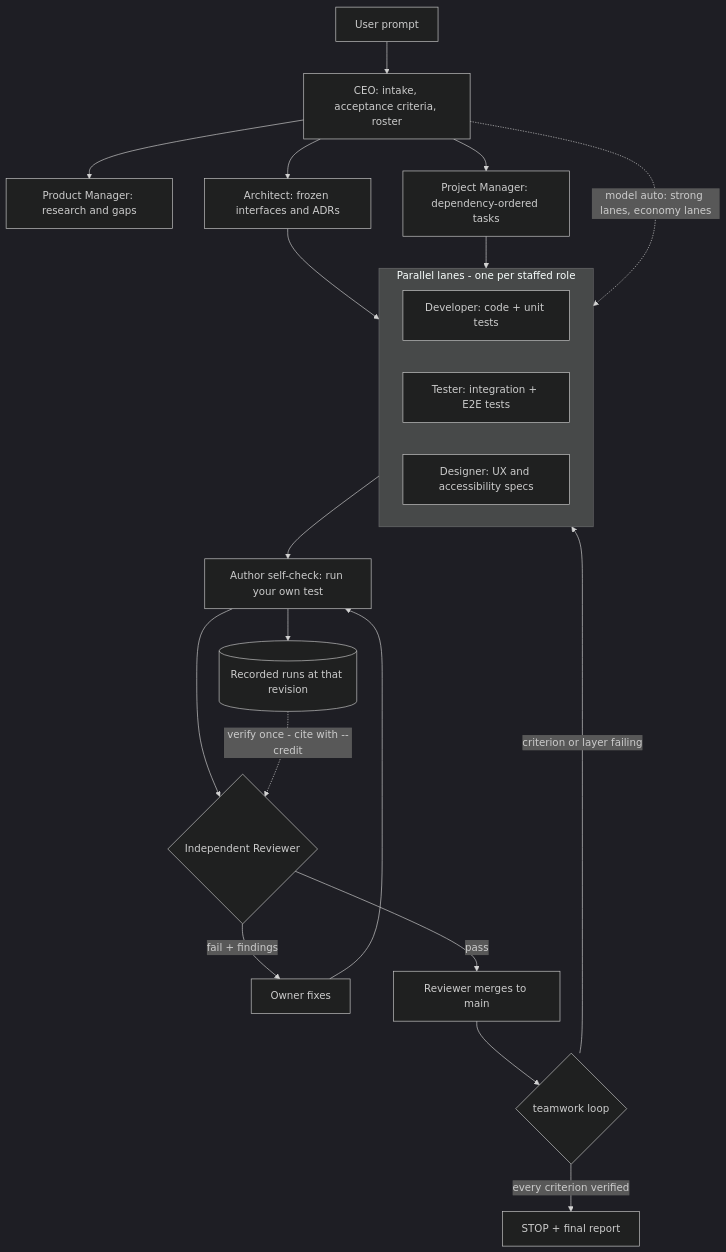
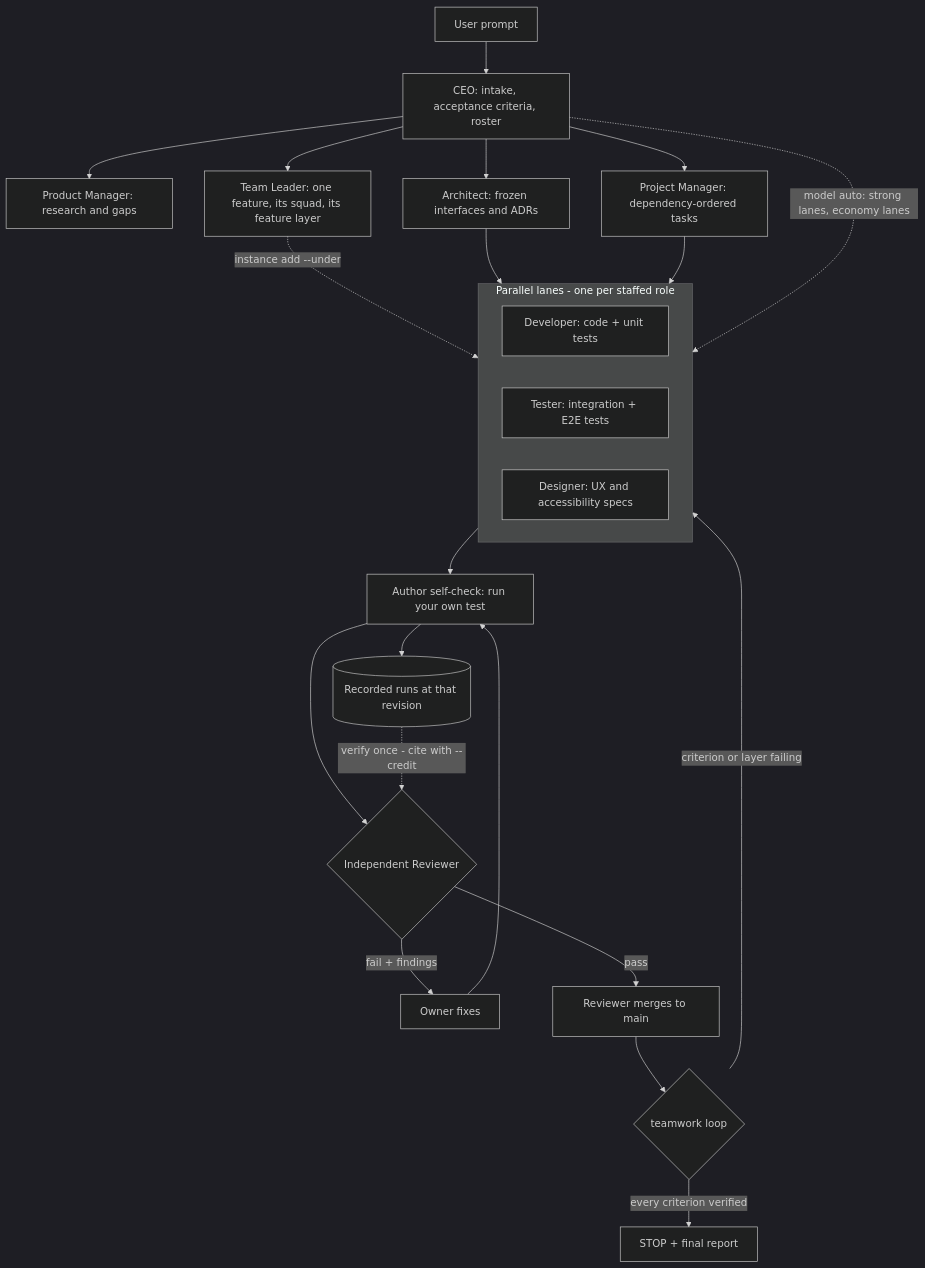
One commit to Nidvue/Teamwork changed the diagram in docs/guide/how-it-works.md. Above: the diagram before and after it, drawn with Mermaid (dark theme). The commit also changed other lines of this file and 2 other files, not shown here.

Commit message:
docs(how-it-works): name the Team Leader and the feature-team layer

````diff
--- a/docs/guide/how-it-works.md
+++ b/docs/guide/how-it-works.md
@@ -14,25 +14,27 @@
 ```mermaid
 flowchart TD
     U[User prompt] --> CEO[CEO: intake, acceptance criteria, roster]
     CEO --> RM[Product Manager: research and gaps]
     CEO --> AR[Architect: frozen interfaces and ADRs]
     CEO --> PJ[Project Manager: dependency-ordered tasks]
+    CEO --> TL[Team Leader: one feature, its squad, its feature layer]
+    TL -.->|instance add --under| LANES
     AR --> LANES
     PJ --> LANES
     CEO -.->|model auto: strong lanes, economy lanes| LANES
     subgraph LANES[Parallel lanes - one per staffed role]
         DEV[Developer: code + unit tests]
         TST[Tester: integration + E2E tests]
         DES[Designer: UX and accessibility specs]
     end
     LANES --> SC[Author self-check: run your own test]
     SC --> REC[(Recorded runs at that revision)]
     SC --> RV{Independent Reviewer}
     REC -.->|verify once - cite with --credit| RV
     RV -- fail + findings --> FX[Owner fixes]
     FX --> SC
     RV -- pass --> MG[Reviewer merges to main]
     MG --> LP{teamwork loop}
     LP -- criterion or layer failing --> LANES
     LP -- every criterion verified --> STOP[STOP + final report]
 ```
````
